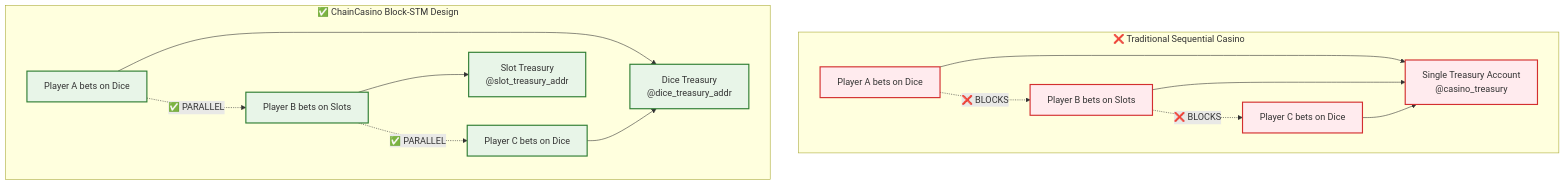
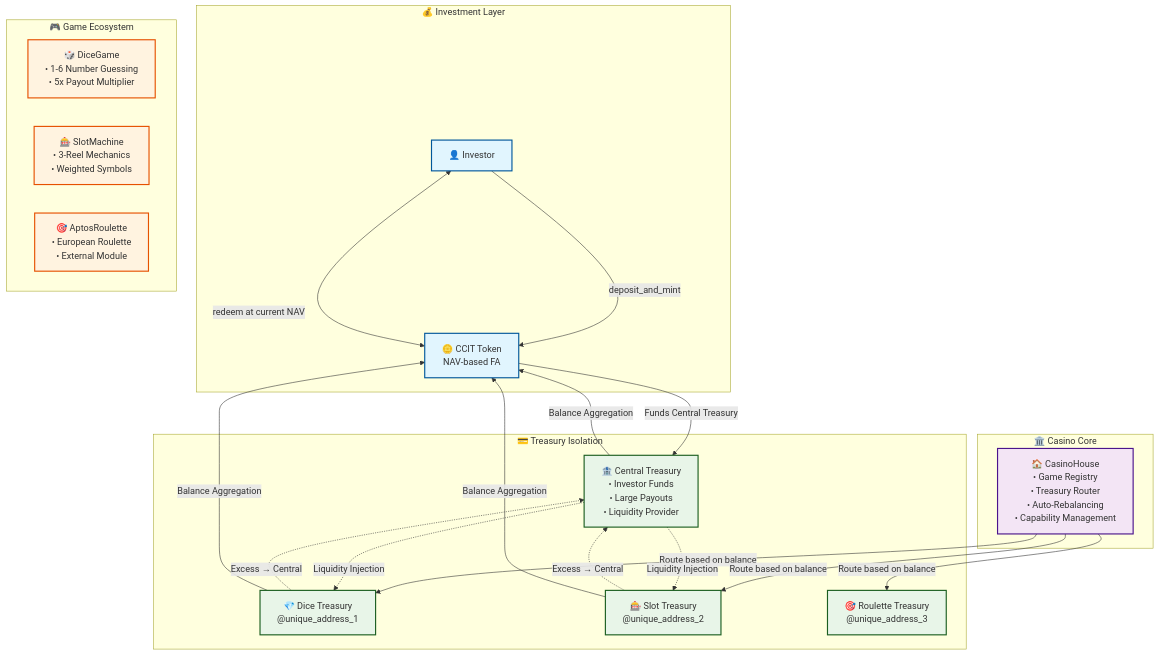
One commit to PersonaNormale/ChainCasino changed the third of 3 diagrams in README.md. Above: the diagram before and after it, drawn with Mermaid. The commit also changed other lines of this file, not shown here.

````diff
--- a/README.md
+++ b/README.md
@@ -167,40 +168,55 @@
 ```mermaid
 flowchart TD
-    subgraph "❌ Traditional Sequential Casino"
-        SeqTx1[Player A bets on Dice]
-        SeqTx2[Player B bets on Slots]
-        SeqTx3[Player C bets on Dice]
-        
-        SeqTreasury[Single Treasury Account<br/>@casino_treasury]
-        
-        SeqTx1 --> SeqTreasury
-        SeqTx2 --> SeqTreasury  
-        SeqTx3 --> SeqTreasury
-        
-        SeqTx1 -.->|"❌ BLOCKS"| SeqTx2
-        SeqTx2 -.->|"❌ BLOCKS"| SeqTx3
+    subgraph "💰 Investment Layer"
+        Investor[👤 Investor]
+        CCIT[🪙 CCIT Token<br/>NAV-based FA]
     end
 
-    subgraph "✅ ChainCasino Block-STM Design"
-        ParTx1[Player A bets on Dice]
-        ParTx2[Player B bets on Slots]
-        ParTx3[Player C bets on Dice]
-        
-        DiceTreasury[Dice Treasury<br/>@dice_treasury_addr]
-        SlotTreasury[Slot Treasury<br/>@slot_treasury_addr]
-        
-        ParTx1 --> DiceTreasury
-        ParTx2 --> SlotTreasury
-        ParTx3 --> DiceTreasury
-        
-        ParTx1 -.->|"✅ PARALLEL"| ParTx2
-        ParTx2 -.->|"✅ PARALLEL"| ParTx3
+    subgraph "🏛️ Casino Core"
+        Casino[🏠 CasinoHouse<br/>• Game Registry<br/>• Treasury Router<br/>• Auto-Rebalancing<br/>• Capability Management]
     end
 
-    classDef sequential fill:#ffebee,stroke:#d32f2f,stroke-width:2px
-    classDef parallel fill:#e8f5e8,stroke:#2e7d32,stroke-width:2px
-    classDef treasury fill:#e3f2fd,stroke:#1565c0,stroke-width:2px
+    subgraph "🎮 Game Ecosystem"
+        DiceGame[🎲 DiceGame<br/>• 1-6 Number Guessing<br/>• 5x Payout Multiplier]
+        SlotGame[🎰 SlotMachine<br/>• 3-Reel Mechanics<br/>• Weighted Symbols]
+        RouletteGame[🎯 AptosRoulette<br/>• European Roulette<br/>• External Module]
+    end
 
-    class SeqTx1,SeqTx2,SeqTx3,SeqTreasury sequential
-    class ParTx1,ParTx2,ParTx3,DiceTreasury,SlotTreasury parallel
+    subgraph "💳 Treasury Isolation"
+        Central[🏦 Central Treasury<br/>• Investor Funds<br/>• Large Payouts<br/>• Liquidity Provider]
+        DiceTreasury[💎 Dice Treasury<br/>@unique_address_1]
+        SlotTreasury[🎰 Slot Treasury<br/>@unique_address_2]
+        RouletteTreasury[🎯 Roulette Treasury<br/>@unique_address_3]
+    end
+
+    %% Investment Flow
+    Investor -->|deposit_and_mint| CCIT
+    CCIT -->|Funds Central Treasury| Central
+    CCIT <-->|redeem at current NAV| Investor
+
+    %% Game Operation Flow
+    Casino -->|Route based on balance| DiceTreasury
+    Casino -->|Route based on balance| SlotTreasury
+    Casino -->|Route based on balance| RouletteTreasury
+
+    %% Auto-Rebalancing
+    DiceTreasury -.->|Excess → Central| Central
+    SlotTreasury -.->|Excess → Central| Central
+    Central -.->|Liquidity Injection| DiceTreasury
+    Central -.->|Liquidity Injection| SlotTreasury
+
+    %% NAV Calculation
+    Central -->|Balance Aggregation| CCIT
+    DiceTreasury -->|Balance Aggregation| CCIT
+    SlotTreasury -->|Balance Aggregation| CCIT
+
+    classDef investment fill:#e1f5fe,stroke:#01579b,stroke-width:2px
+    classDef casino fill:#f3e5f5,stroke:#4a148c,stroke-width:2px
+    classDef game fill:#fff3e0,stroke:#e65100,stroke-width:2px
+    classDef treasury fill:#e8f5e8,stroke:#1b5e20,stroke-width:2px
+
+    class Investor,CCIT investment
+    class Casino casino
+    class DiceGame,SlotGame,RouletteGame game
+    class Central,DiceTreasury,SlotTreasury,RouletteTreasury treasury
 ```
````
